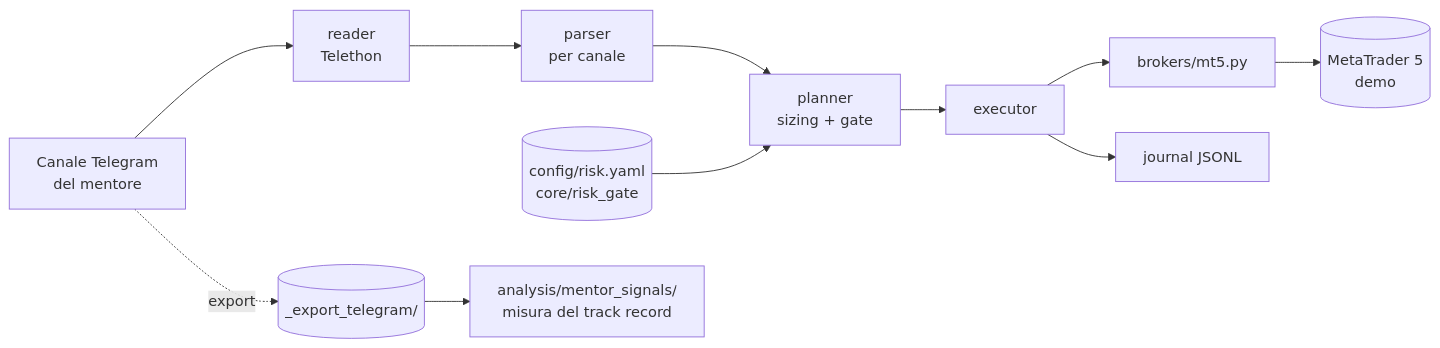
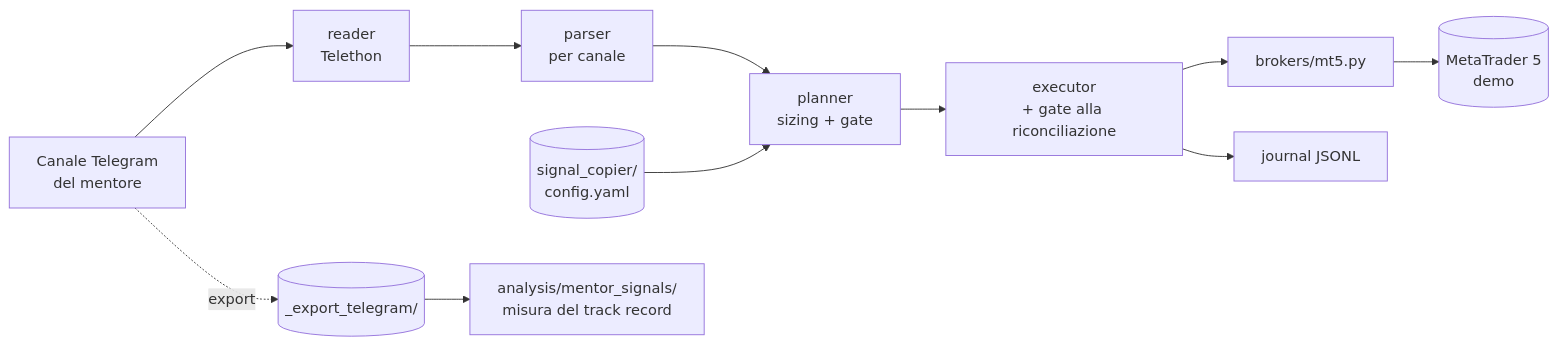
Before and after one commit to matteoteo2507-stack/trad: the second of 2 diagrams in mappa/00-panoramica-trad.md, drawn with Mermaid. The commit also changed other lines of this file, not shown here.

Commit message:
Panoramica di trad: il copier non usa risk_gate né config/risk.yaml (figura e catasto corretti)

````diff
--- a/mappa/00-panoramica-trad.md
+++ b/mappa/00-panoramica-trad.md
@@ -53,11 +53,11 @@
 ```mermaid
 flowchart LR
   TG[Canale Telegram<br/>del mentore] --> R[reader<br/>Telethon]
   R --> PA[parser<br/>per canale]
   PA --> PL[planner<br/>sizing + gate]
-  RG[(config/risk.yaml<br/>core/risk_gate)] --> PL
-  PL --> EX[executor]
+  CF[(signal_copier/<br/>config.yaml)] --> PL
+  PL --> EX[executor<br/>+ gate alla riconciliazione]
   EX --> MT[brokers/mt5.py] --> MT5[(MetaTrader 5<br/>demo)]
   EX --> J[journal JSONL]
   TG -. export .-> ET[(_export_telegram/)] --> MS[analysis/mentor_signals/<br/>misura del track record]
 ```
````
